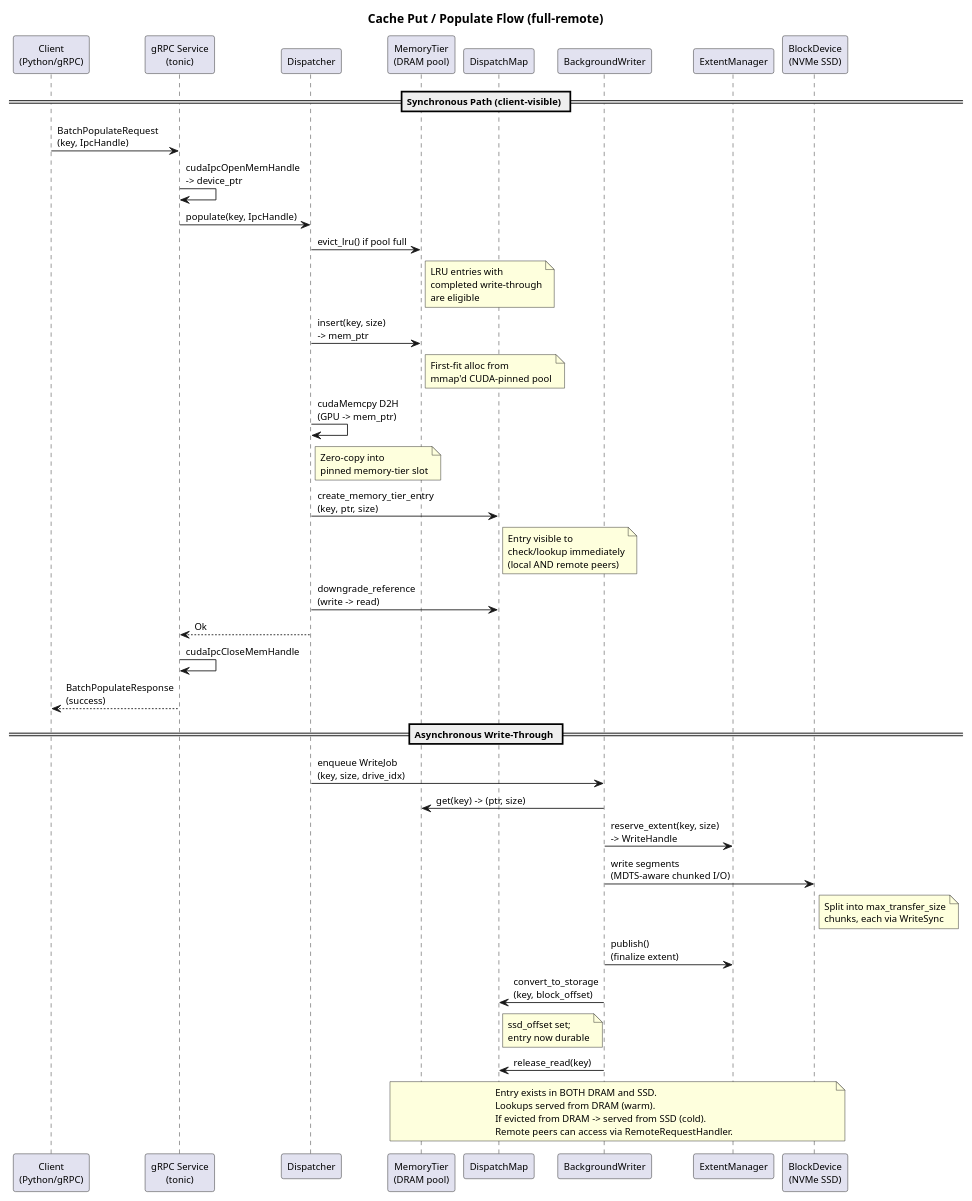
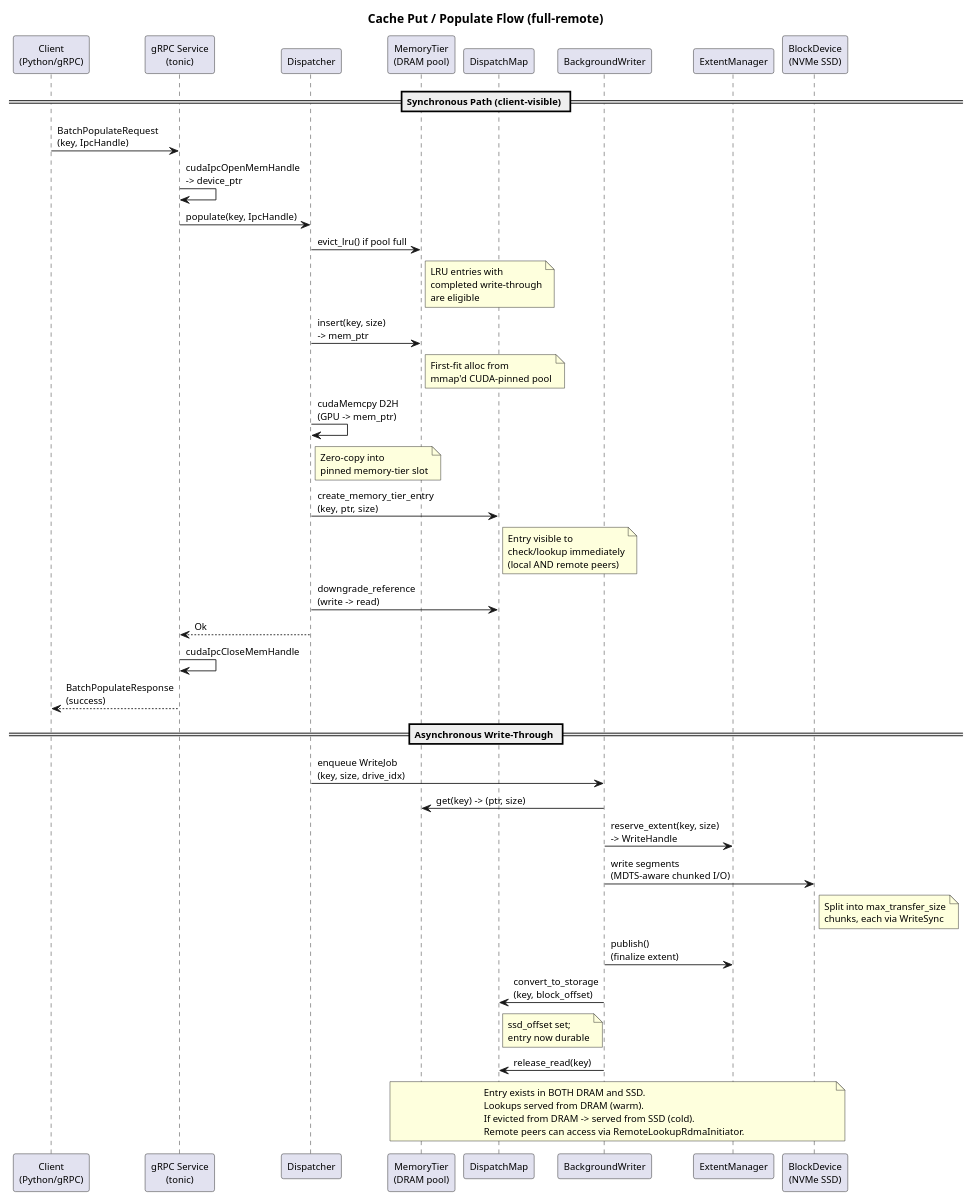
One commit to AI-native-Systems-Research/ai-native-storage-certus changed the diagram in design/profiles/full-remote/design-spec-put-flow.puml. Above: the diagram before and after it, drawn with PlantUML. The commit also changed 22 other files, not shown here.

First line of the commit message:
feat(certus-server-yaml): integrate remote-lookup into the full-remote profile

```diff
--- a/design/profiles/full-remote/design-spec-put-flow.puml
+++ b/design/profiles/full-remote/design-spec-put-flow.puml
@@ -1,56 +1,56 @@
 @startuml
 skinparam shadowing false
 skinparam defaultFontSize 11
 
 title Cache Put / Populate Flow (full-remote)
 
 participant "Client\n(Python/gRPC)" as client
 participant "gRPC Service\n(tonic)" as grpc
 participant "Dispatcher" as disp
 participant "MemoryTier\n(DRAM pool)" as mt
 participant "DispatchMap" as dm
 participant "BackgroundWriter" as bgw
 participant "ExtentManager" as em
 participant "BlockDevice\n(NVMe SSD)" as ssd
 
 == Synchronous Path (client-visible) ==
 
 client -> grpc: BatchPopulateRequest\n(key, IpcHandle)
 grpc -> grpc: cudaIpcOpenMemHandle\n-> device_ptr
 grpc -> disp: populate(key, IpcHandle)
 
 disp -> mt: evict_lru() if pool full
 note right of mt: LRU entries with\ncompleted write-through\nare eligible
 
 disp -> mt: insert(key, size)\n-> mem_ptr
 note right of mt: First-fit alloc from\nmmap'd CUDA-pinned pool
 
 disp -> disp: cudaMemcpy D2H\n(GPU -> mem_ptr)
 note right of disp: Zero-copy into\npinned memory-tier slot
 
 disp -> dm: create_memory_tier_entry\n(key, ptr, size)
 note right of dm: Entry visible to\ncheck/lookup immediately\n(local AND remote peers)
 
 disp -> dm: downgrade_reference\n(write -> read)
 
 disp --> grpc: Ok
 grpc -> grpc: cudaIpcCloseMemHandle
 grpc --> client: BatchPopulateResponse\n(success)
 
 == Asynchronous Write-Through ==
 
 disp -> bgw: enqueue WriteJob\n(key, size, drive_idx)
 bgw -> mt: get(key) -> (ptr, size)
 bgw -> em: reserve_extent(key, size)\n-> WriteHandle
 bgw -> ssd: write segments\n(MDTS-aware chunked I/O)
 note right of ssd: Split into max_transfer_size\nchunks, each via WriteSync
 
 bgw -> em: publish()\n(finalize extent)
 bgw -> dm: convert_to_storage\n(key, block_offset)
 note right of dm: ssd_offset set;\nentry now durable
 
 bgw -> dm: release_read(key)
 
-note over mt, ssd: Entry exists in BOTH DRAM and SSD.\nLookups served from DRAM (warm).\nIf evicted from DRAM -> served from SSD (cold).\nRemote peers can access via RemoteRequestHandler.
+note over mt, ssd: Entry exists in BOTH DRAM and SSD.\nLookups served from DRAM (warm).\nIf evicted from DRAM -> served from SSD (cold).\nRemote peers can access via RemoteLookupRdmaInitiator.
 
 @enduml
```
